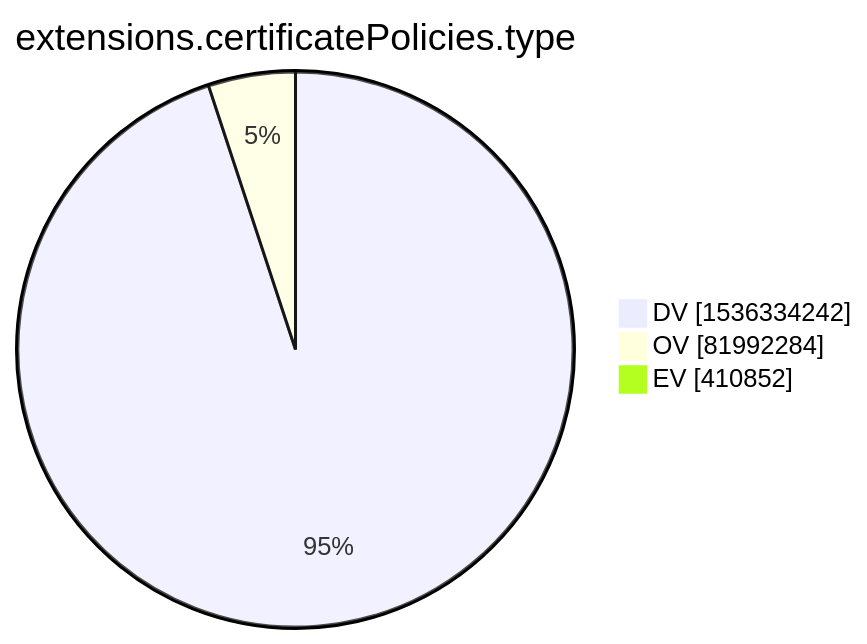
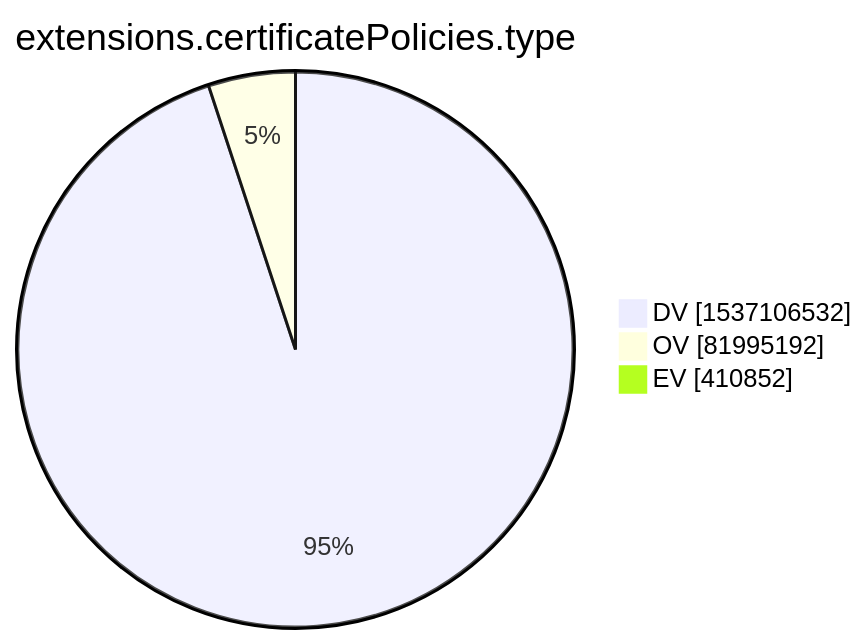
The tenth of 15 diagrams in xenon2022/README.md (christiankrug/ctmonitor_visualization), drawn with Mermaid before and after one commit. The commit also changed other lines of this file, not shown here.

````diff
--- a/xenon2022/README.md
+++ b/xenon2022/README.md
@@ -2876,7 +2876,7 @@
 ```mermaid
 pie showData
 title extensions.certificatePolicies.type
-"DV" :1536334242
-"OV" :81992284
+"DV" :1537106532
+"OV" :81995192
 "EV" :410852
 ```
````
